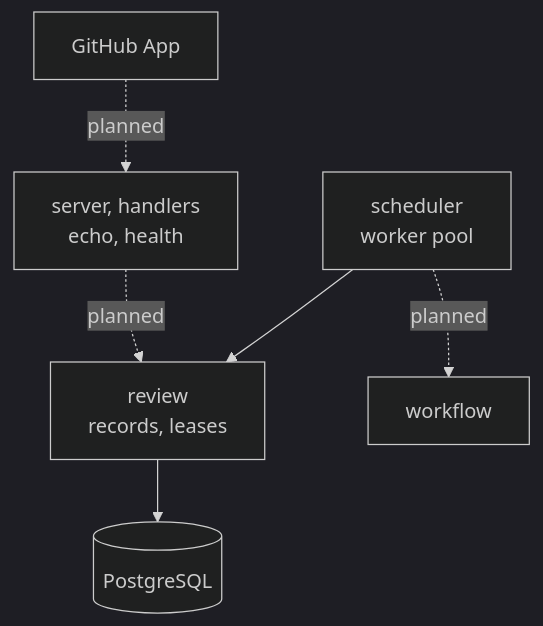
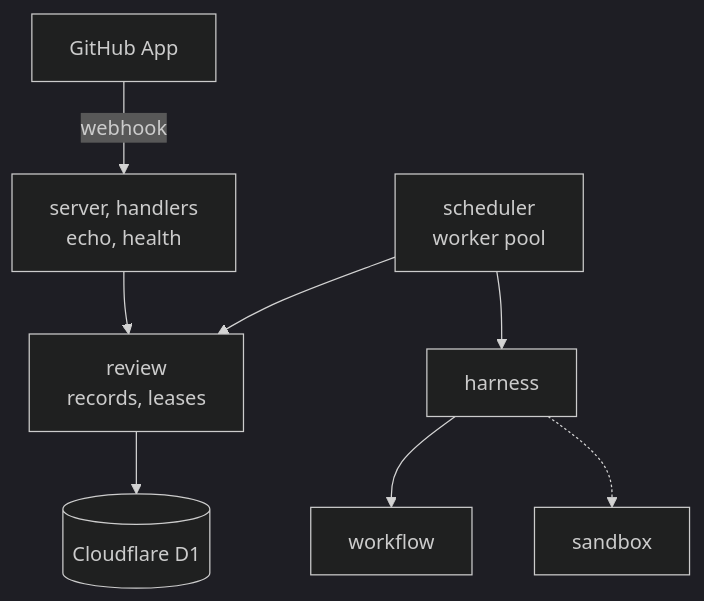
One commit to Pleasurecruise/eyeful changed the first of 3 diagrams in docs/cloud/SERVER.md. Above: the diagram before and after it, drawn with Mermaid (dark theme). The commit also changed other lines of this file and 96 other files, not shown here.

First line of the commit message:
feat!: admit reviews through a GitHub App and keep them in D1

````diff
--- a/docs/cloud/SERVER.md
+++ b/docs/cloud/SERVER.md
@@ -12,8 +13,10 @@
 ```mermaid
 flowchart TB
-    github["GitHub App"] -.->|planned| server["server, handlers<br/>echo, health"]
-    server -.->|planned| review["review<br/>records, leases"]
+    github["GitHub App"] -->|webhook| server["server, handlers<br/>echo, health"]
+    server --> review["review<br/>records, leases"]
     scheduler["scheduler<br/>worker pool"] --> review
-    review --> pg[("PostgreSQL")]
-    scheduler -.->|planned| workflow["workflow"]
+    review --> d1[("Cloudflare D1")]
+    scheduler --> harness["harness"]
+    harness --> workflow["workflow"]
+    harness -.-> sandbox["sandbox"]
 ```
````
